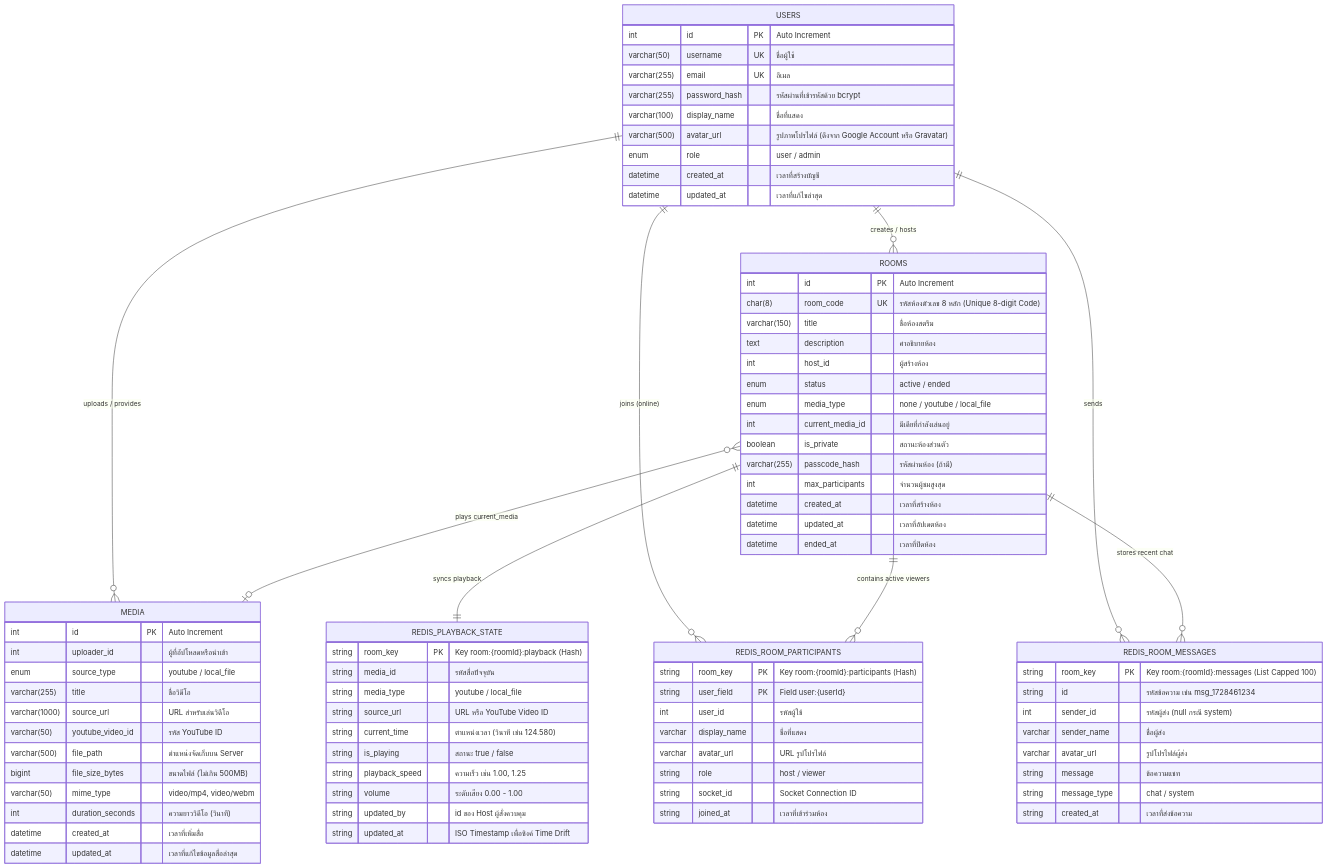
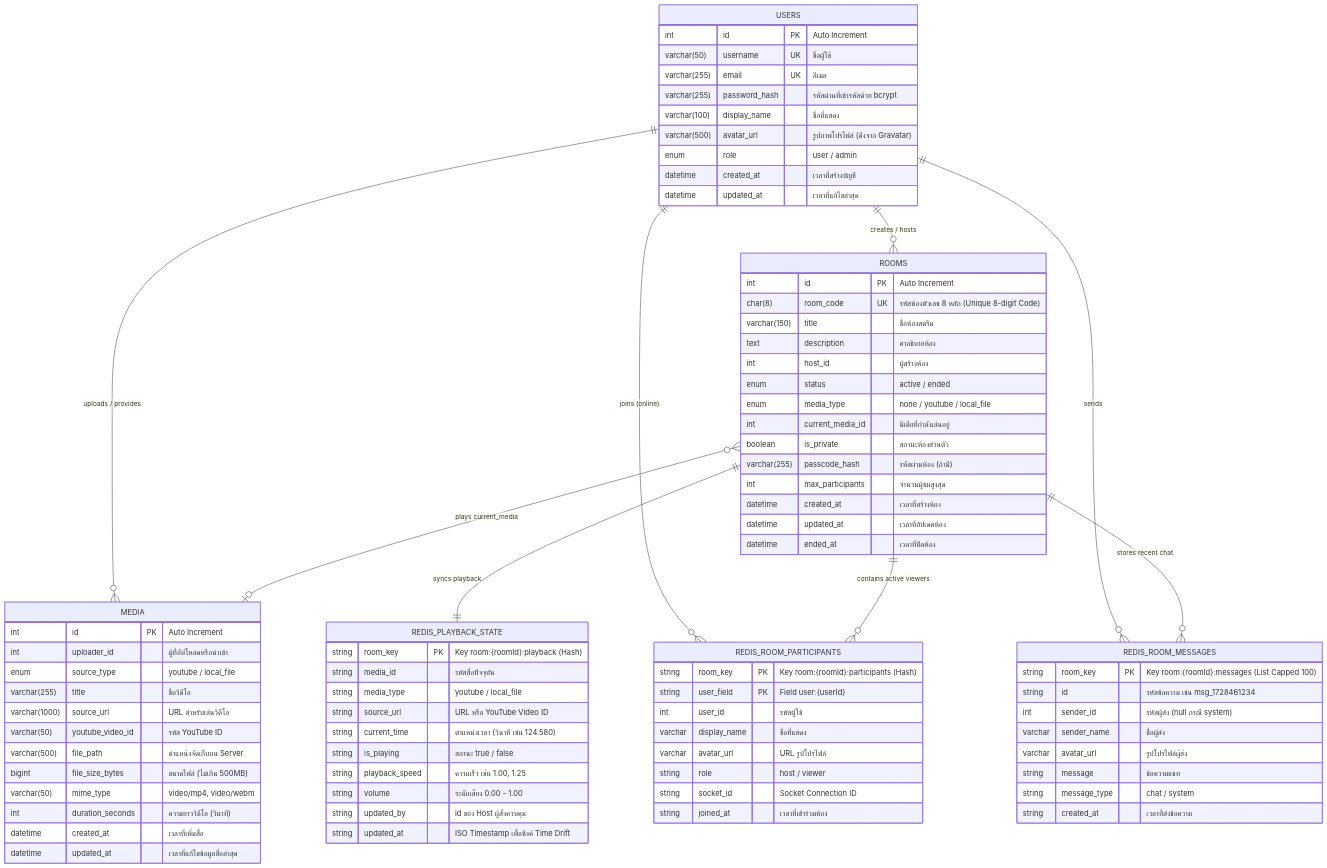
The fourth of 4 diagrams in SRS.md (PeterGamez/YouStream), drawn with Mermaid before and after one commit. The commit also changed other lines of this file and 2 other files, not shown here.

Commit message:
feat: implement authentication routes and Gravatar integration

```diff
--- a/SRS.md
+++ b/SRS.md
@@ -260,7 +259,7 @@
         varchar(255) email UK "อีเมล"
         varchar(255) password_hash "รหัสผ่านที่เข้ารหัสด้วย bcrypt"
         varchar(100) display_name "ชื่อที่แสดง"
-        varchar(500) avatar_url "รูปภาพโปรไฟล์ (ดึงจาก Google Account หรือ Gravatar)"
+        varchar(500) avatar_url "รูปภาพโปรไฟล์ (ดึงจาก Gravatar)"
         enum role "user / admin"
         datetime created_at "เวลาที่สร้างบัญชี"
         datetime updated_at "เวลาที่แก้ไขล่าสุด"
```
